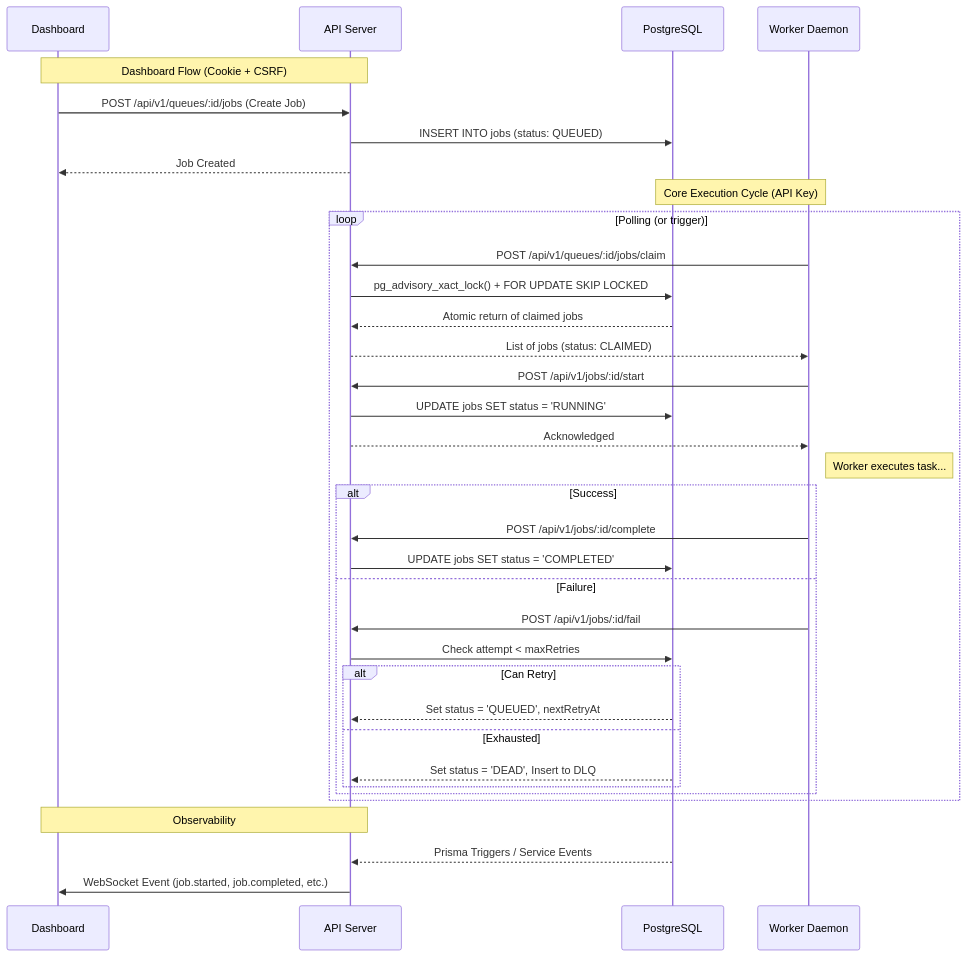
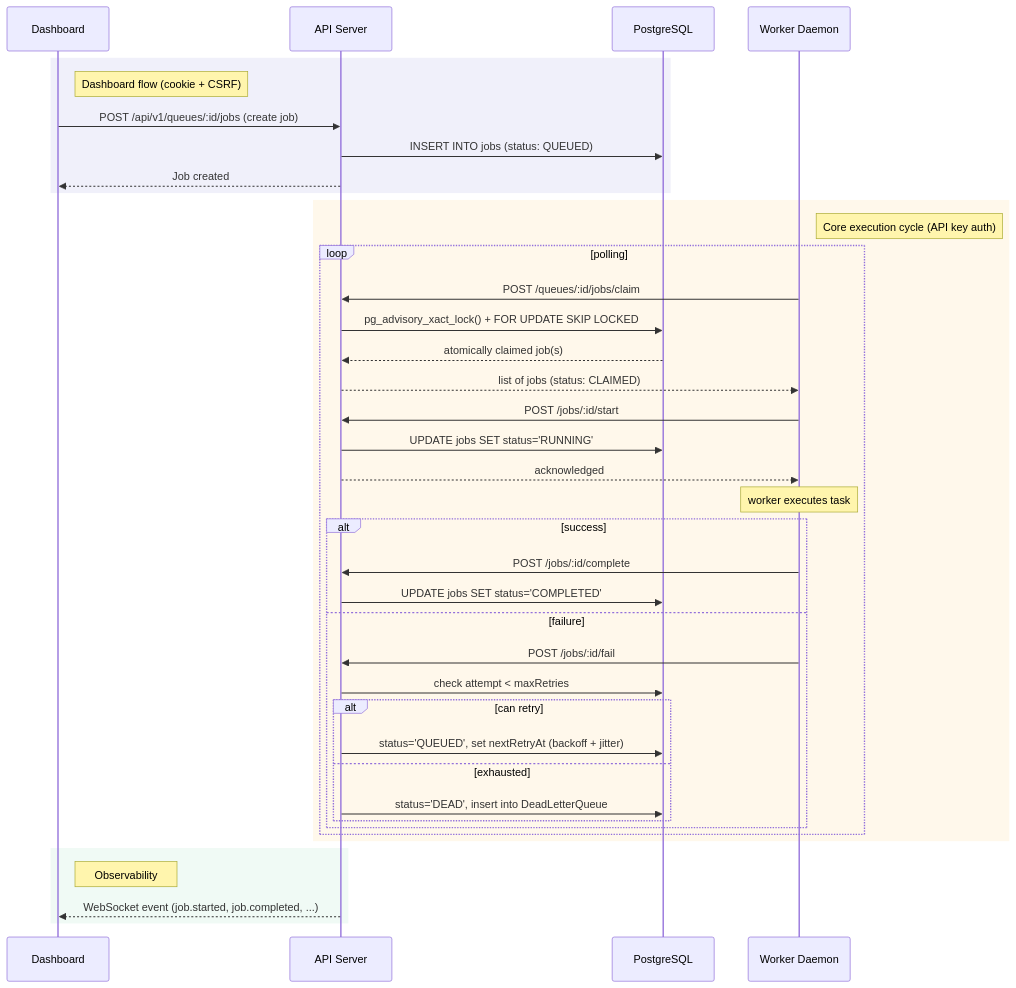
Before and after one commit to Ssr446/distributed-job-scheduler: the first of 2 diagrams in README.md, drawn with Mermaid. The commit also changed other lines of this file, not shown here.

````diff
--- a/README.md
+++ b/README.md
@@ -18,43 +27,45 @@
 ```mermaid
 sequenceDiagram
-    participant D as Dashboard
-    participant A as API Server
+    participant Dashboard
+    participant API as API Server
     participant DB as PostgreSQL
-    participant W as Worker Daemon
+    participant Worker as Worker Daemon
 
-    Note over D, A: Dashboard Flow (Cookie + CSRF)
-    D->>A: POST /api/v1/queues/:id/jobs (Create Job)
-    A->>DB: INSERT INTO jobs (status: QUEUED)
-    A-->>D: Job Created
+    rect rgb(240, 240, 250)
+    note right of Dashboard: Dashboard flow (cookie + CSRF)
+    Dashboard->>API: POST /api/v1/queues/:id/jobs (create job)
+    API->>DB: INSERT INTO jobs (status: QUEUED)
+    API-->>Dashboard: Job created
+    end
 
-    Note over W, DB: Core Execution Cycle (API Key)
-    loop Polling (or trigger)
-        W->>A: POST /api/v1/queues/:id/jobs/claim
-        A->>DB: pg_advisory_xact_lock() + FOR UPDATE SKIP LOCKED
-        DB-->>A: Atomic return of claimed jobs
-        A-->>W: List of jobs (status: CLAIMED)
-        
-        W->>A: POST /api/v1/jobs/:id/start
-        A->>DB: UPDATE jobs SET status = 'RUNNING'
-        A-->>W: Acknowledged
-
-        Note right of W: Worker executes task...
-
-        alt Success
-            W->>A: POST /api/v1/jobs/:id/complete
-            A->>DB: UPDATE jobs SET status = 'COMPLETED'
-        else Failure
-            W->>A: POST /api/v1/jobs/:id/fail
-            A->>DB: Check attempt < maxRetries
-            alt Can Retry
-                DB-->>A: Set status = 'QUEUED', nextRetryAt
-            else Exhausted
-                DB-->>A: Set status = 'DEAD', Insert to DLQ
+    rect rgb(255, 248, 235)
+    note right of Worker: Core execution cycle (API key auth)
+    loop polling
+        Worker->>API: POST /queues/:id/jobs/claim
+        API->>DB: pg_advisory_xact_lock() + FOR UPDATE SKIP LOCKED
+        DB-->>API: atomically claimed job(s)
+        API-->>Worker: list of jobs (status: CLAIMED)
+        Worker->>API: POST /jobs/:id/start
+        API->>DB: UPDATE jobs SET status='RUNNING'
+        API-->>Worker: acknowledged
+        note over Worker: worker executes task
+        alt success
+            Worker->>API: POST /jobs/:id/complete
+            API->>DB: UPDATE jobs SET status='COMPLETED'
+        else failure
+            Worker->>API: POST /jobs/:id/fail
+            API->>DB: check attempt < maxRetries
+            alt can retry
+                API->>DB: status='QUEUED', set nextRetryAt (backoff + jitter)
+            else exhausted
+                API->>DB: status='DEAD', insert into DeadLetterQueue
             end
         end
     end
-    
-    Note over A, D: Observability
-    DB-->>A: Prisma Triggers / Service Events
-    A->>D: WebSocket Event (job.started, job.completed, etc.)
+    end
+
+    rect rgb(240, 250, 245)
+    note right of Dashboard: Observability
+    API-->>Dashboard: WebSocket event (job.started, job.completed, ...)
+    end
 ```
````
